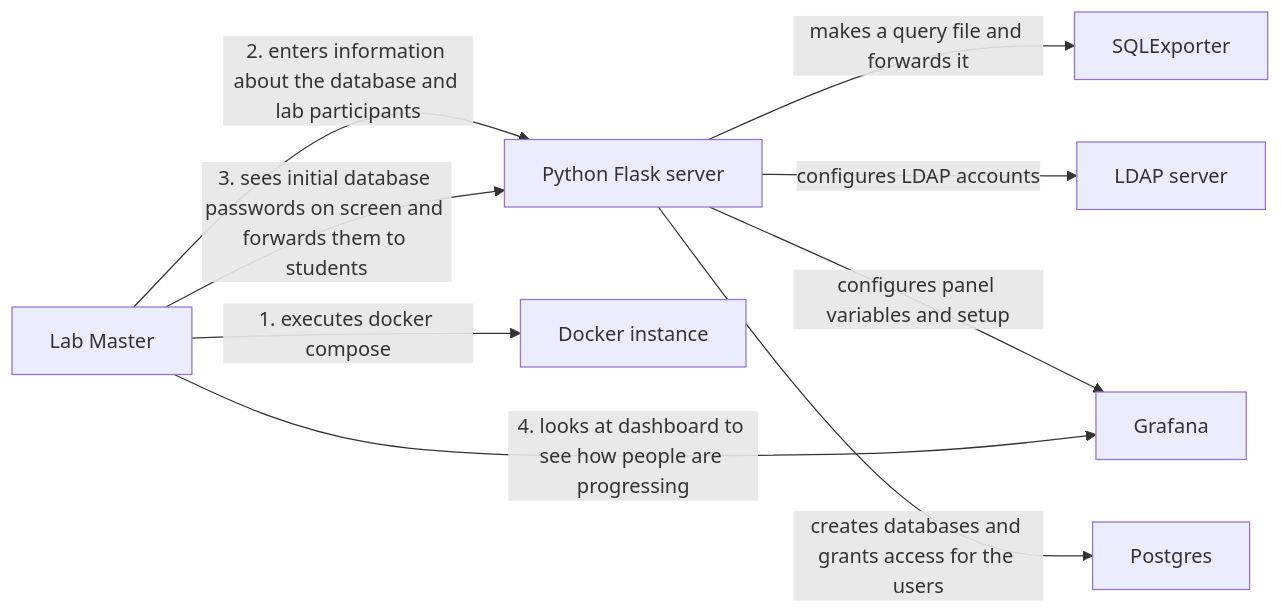
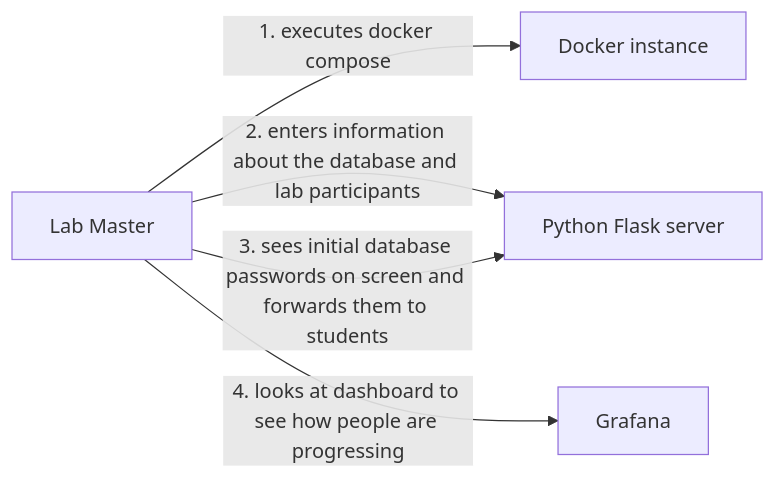
Before and after one commit to pearupung/pgsql-lab-creator: the second of 3 diagrams in README.md, drawn with Mermaid.

Commit message:
#1 Clear up lab master flow chart

````diff
--- a/README.md
+++ b/README.md
@@ -61,28 +61,21 @@
 ```mermaid
 graph LR;
   %% Services to set up
-  ldap[LDAP server]
-  pgsql[Postgres]
-  exporter[SQLExporter]
   grafana[Grafana]
   server[Python Flask server]
   
   %% The docker instance that runs services
   docker[Docker instance]
 
   %% Participants 
   lab-master[Lab Master]
 
   %% Infrastructure setup
   lab-master-- 1. executes docker compose -->docker
 
   %% Infrastructure configuration
   lab-master-- 2. enters information about the database and lab participants -->server
-  server-- makes a query file and forwards it -->exporter
-  server-- configures LDAP accounts -->ldap
-  server-- configures panel variables and setup -->grafana
-  server-- creates databases and grants access for the users -->pgsql
 
   lab-master-- 4. looks at dashboard to see how people are progressing -->grafana
   lab-master-- 3. sees initial database passwords on screen and forwards them to students-->server
 ```
````
